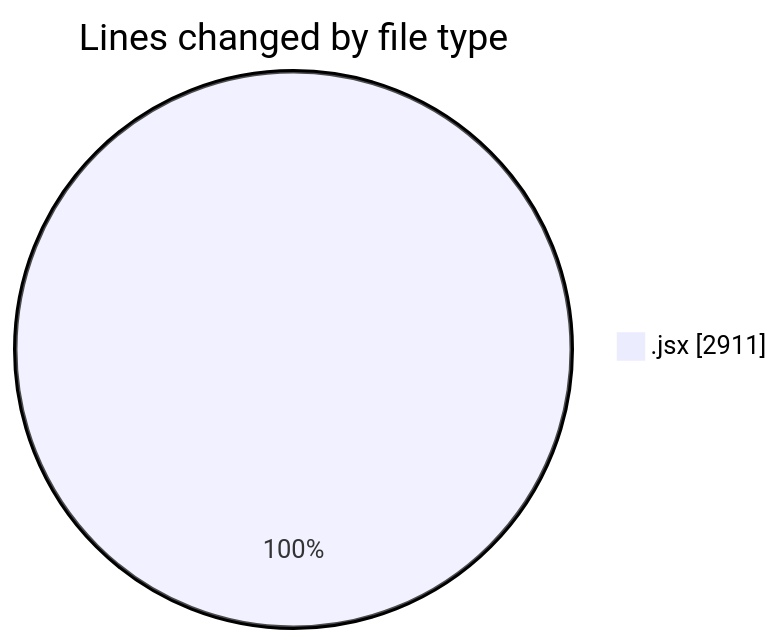
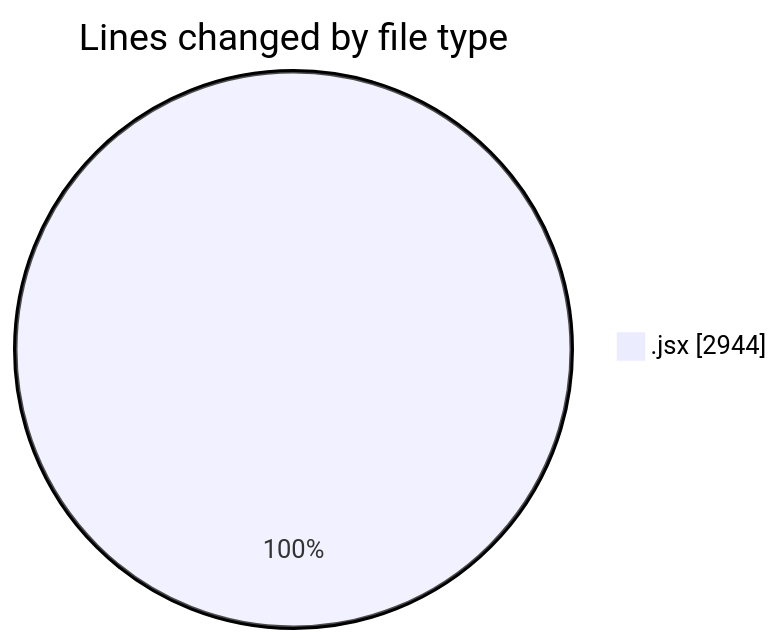
One commit to nxtqubesakshisongat/code-tracking changed the first of 2 diagrams in 2025-06-02/nxtqube_webapp/README.md. Above: the diagram before and after it, drawn with Mermaid. The commit also changed other lines of this file and 1 other file, not shown here.

````diff
--- a/2025-06-02/nxtqube_webapp/README.md
+++ b/2025-06-02/nxtqube_webapp/README.md
@@ -21,5 +21,5 @@
 ```mermaid
 pie showData
 title Lines changed by file type
-".jsx" : 2911
+".jsx" : 2944
 ```
````
